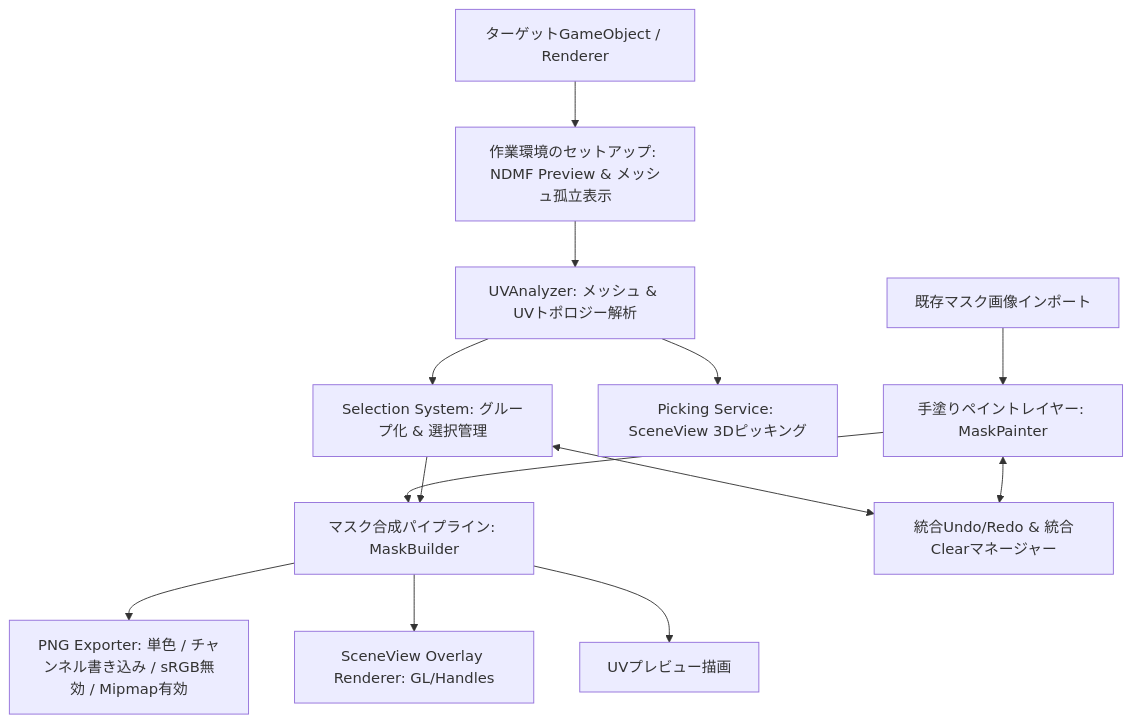
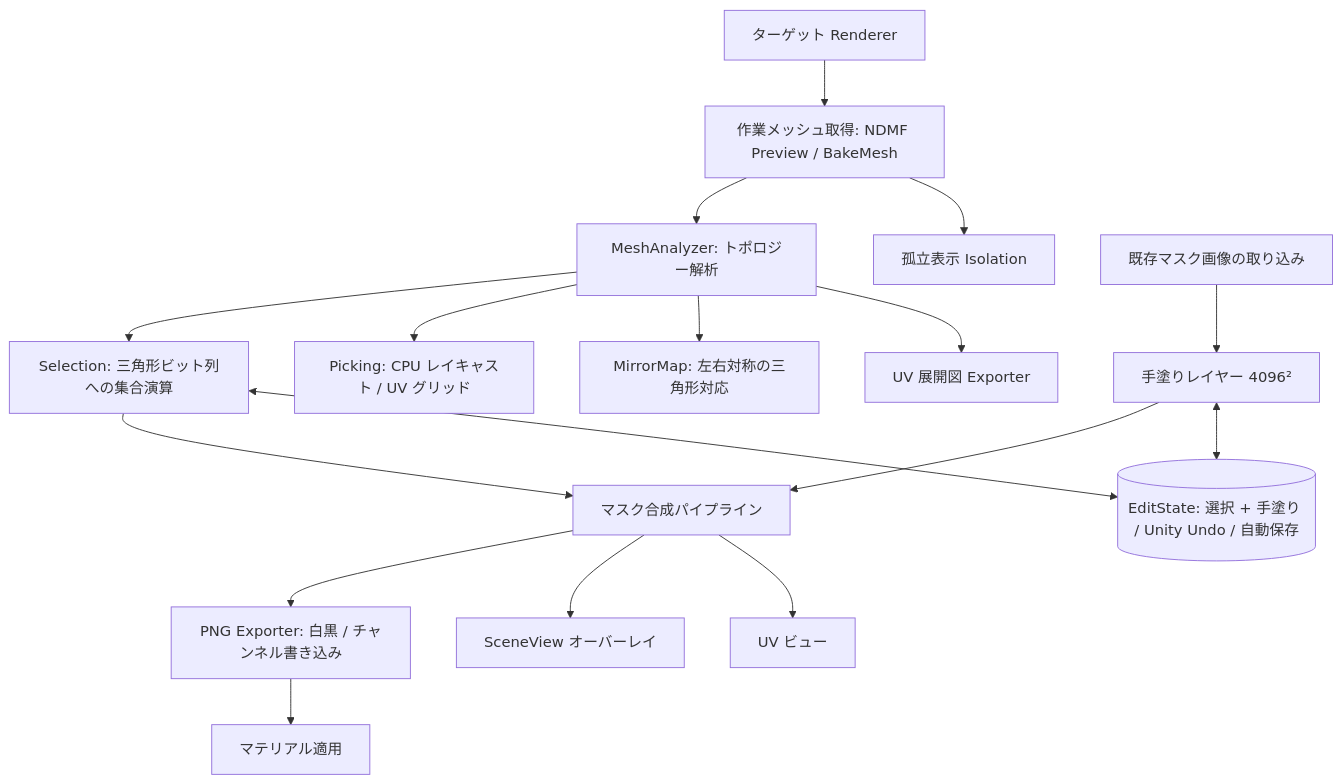
Before and after one commit to dennoko/MaskMakerV4: the diagram in Docs/Impl/overview.md, drawn with Mermaid. The commit also changed other lines of this file and 6 other files, not shown here.

````diff
--- a/Docs/Impl/overview.md
+++ b/Docs/Impl/overview.md
@@ -23,19 +42,23 @@
 ```mermaid
 graph TD
-    A[ターゲットGameObject / Renderer] --> B[作業環境のセットアップ: NDMF Preview & メッシュ孤立表示]
-    B --> C[UVAnalyzer: メッシュ & UVトポロジー解析]
-    
-    C --> D1[Selection System: グループ化 & 選択管理]
-    C --> D2[Picking Service: SceneView 3Dピッキング]
-    
-    E[手塗りペイントレイヤー: MaskPainter] --> F[マスク合成パイプライン: MaskBuilder]
-    G[既存マスク画像インポート] --> E
-    
-    D1 <--> H[統合Undo/Redo & 統合Clearマネージャー]
+    A[ターゲット Renderer] --> B[作業メッシュ取得: NDMF Preview / BakeMesh]
+    B --> C[MeshAnalyzer: トポロジー解析]
+    B --> K[孤立表示 Isolation]
+
+    C --> D1[Selection: 三角形ビット列への集合演算]
+    C --> D2[Picking: CPU レイキャスト / UV グリッド]
+    C --> D3[MirrorMap: 左右対称の三角形対応]
+
+    E[手塗りレイヤー 4096²] --> F[マスク合成パイプライン]
+    G[既存マスク画像の取り込み] --> E
+
+    D1 --> F
+    D1 <--> H[(EditState: 選択 + 手塗り / Unity Undo / 自動保存)]
     E <--> H
-    
-    D1 --> F
-    F --> I1[PNG Exporter: 単色 / チャンネル書き込み / sRGB無効 / Mipmap有効]
-    F --> I2[SceneView Overlay Renderer: GL/Handles]
-    F --> I3[UVプレビュー描画]
+
+    F --> I1[PNG Exporter: 白黒 / チャンネル書き込み]
+    F --> I2[SceneView オーバーレイ]
+    F --> I3[UV ビュー]
+    I1 --> J[マテリアル適用]
+    C --> I4[UV 展開図 Exporter]
 ```
````
